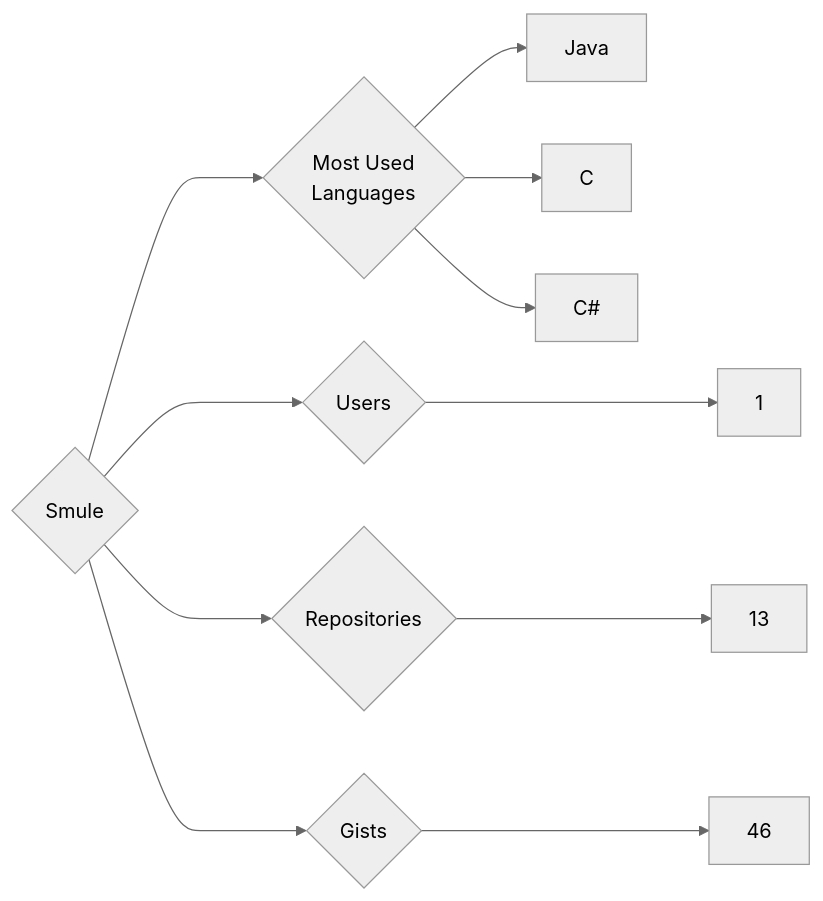
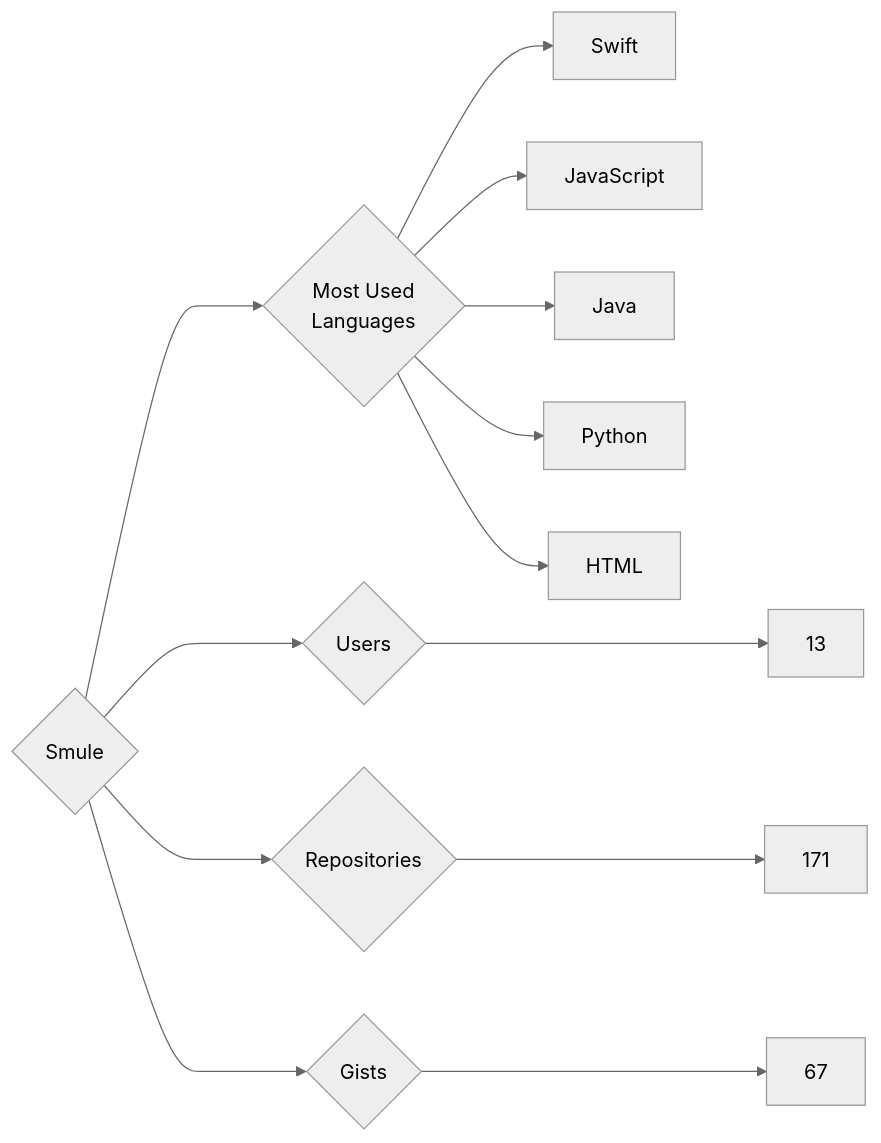
One commit to trickest/insiders changed the diagram in targets/Smule/README.md. Above: the diagram before and after it, drawn with Mermaid (neutral theme). The commit also changed 972 other files, not shown here.

````diff
--- a/targets/Smule/README.md
+++ b/targets/Smule/README.md
@@ -3,11 +3,13 @@
 ```mermaid
 graph LR
 COMPANY_NAME{Smule}
-COMPANY_NAME ---> U{Users} ---> UN[1]
-COMPANY_NAME ---> R{Repositories} ---> RN[13]
-COMPANY_NAME ---> G{Gists} ---> GN[46]
+COMPANY_NAME ---> U{Users} ---> UN[13]
+COMPANY_NAME ---> R{Repositories} ---> RN[171]
+COMPANY_NAME ---> G{Gists} ---> GN[67]
 COMPANY_NAME ---> ML{Most Used<br>Languages}
+ML --> Swift[Swift]
+ML --> JavaScript[JavaScript]
 ML --> Java[Java]
-ML --> C[C]
-ML --> C#[C#]
+ML --> Python[Python]
+ML --> HTML[HTML]
 ```
````
